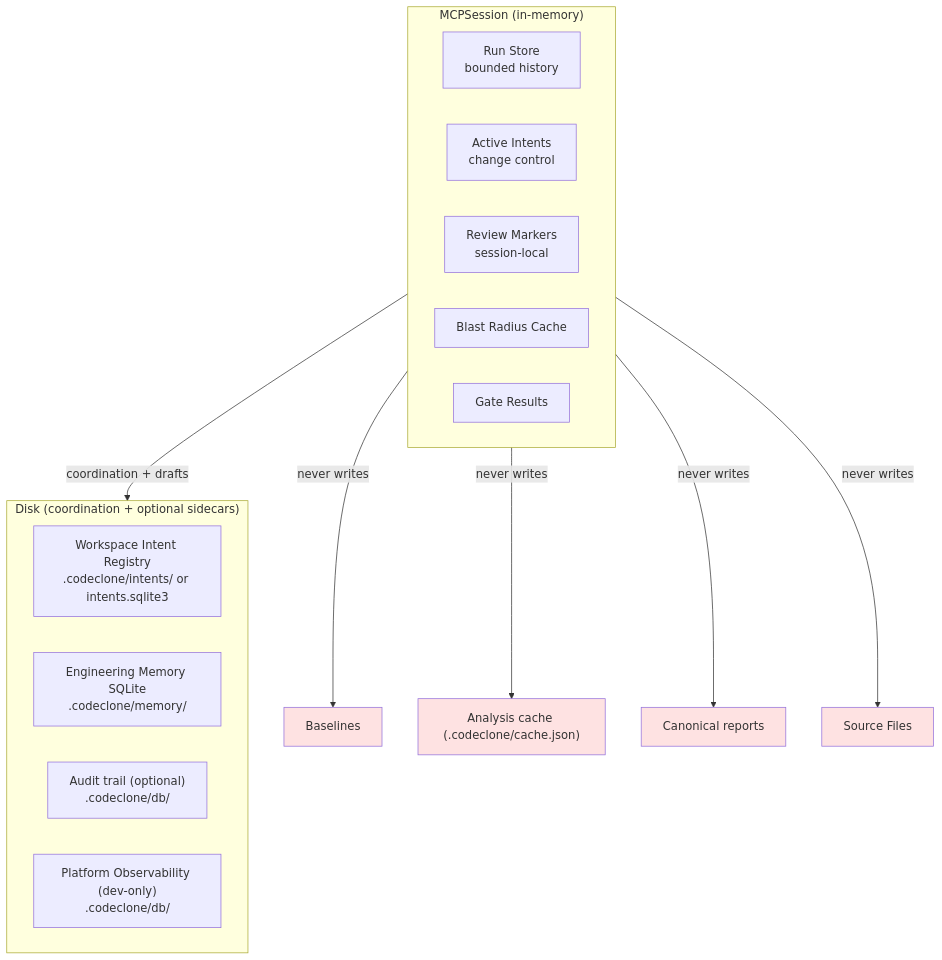
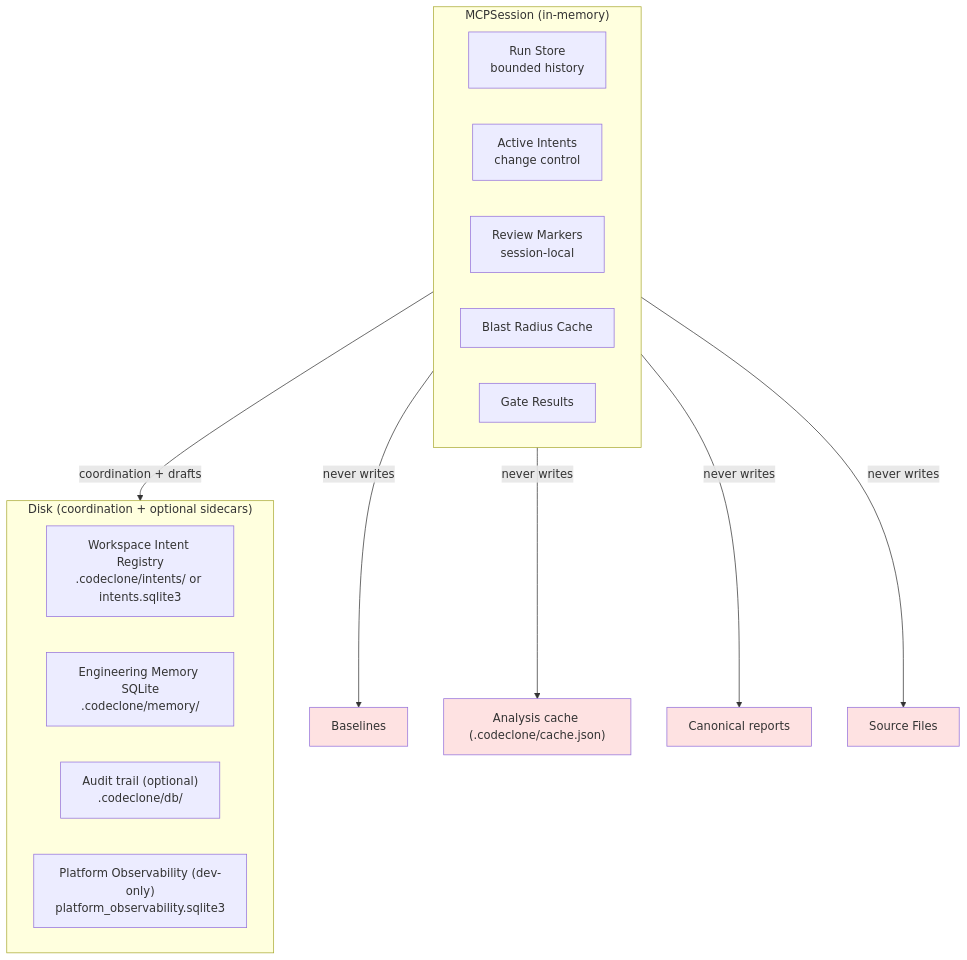
Before and after one commit to orenlab/codeclone: the second of 3 diagrams in docs/guide/mcp/architecture.md, drawn with Mermaid. The commit also changed 41 other files, not shown here.

````diff
--- a/docs/guide/mcp/architecture.md
+++ b/docs/guide/mcp/architecture.md
@@ -25,27 +25,27 @@
 ```mermaid
 graph TD
     subgraph MCPSession["MCPSession (in-memory)"]
         RS[Run Store<br/>bounded history]
         AI[Active Intents<br/>change control]
         RM[Review Markers<br/>session-local]
         BRC[Blast Radius Cache]
         GR[Gate Results]
     end
 
     subgraph Disk["Disk (coordination + optional sidecars)"]
         WIR["Workspace Intent Registry<br/>.codeclone/intents/ or intents.sqlite3"]
         MEM["Engineering Memory SQLite<br/>.codeclone/memory/"]
         AUD["Audit trail (optional)<br/>.codeclone/db/"]
-        OBS["Platform Observability (dev-only)<br/>.codeclone/db/"]
+        OBS["Platform Observability (dev-only)<br/>platform_observability.sqlite3"]
     end
 
     MCPSession -->|" coordination + drafts "| Disk
     MCPSession -->|" never writes "| BL[Baselines]
     MCPSession -->|" never writes "| CA["Analysis cache (.codeclone/cache.json)"]
     MCPSession -->|" never writes "| RP[Canonical reports]
     MCPSession -->|" never writes "| SC[Source Files]
     style BL fill: #fee2e2
     style CA fill: #fee2e2
     style RP fill: #fee2e2
     style SC fill: #fee2e2
 ```
````
